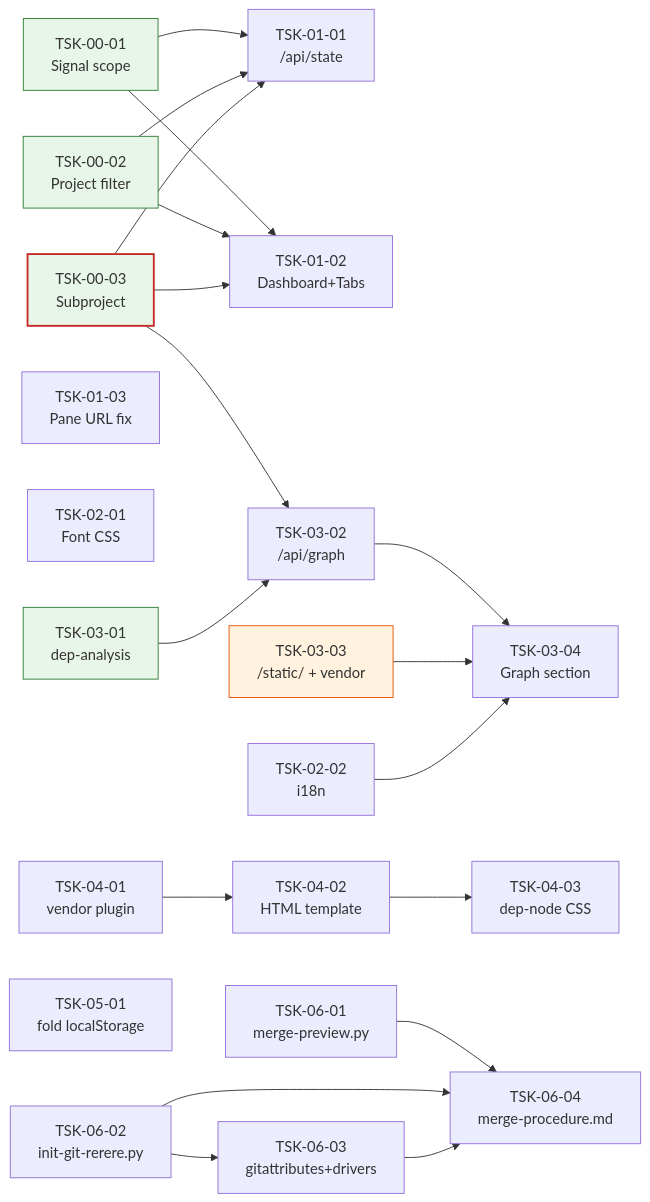
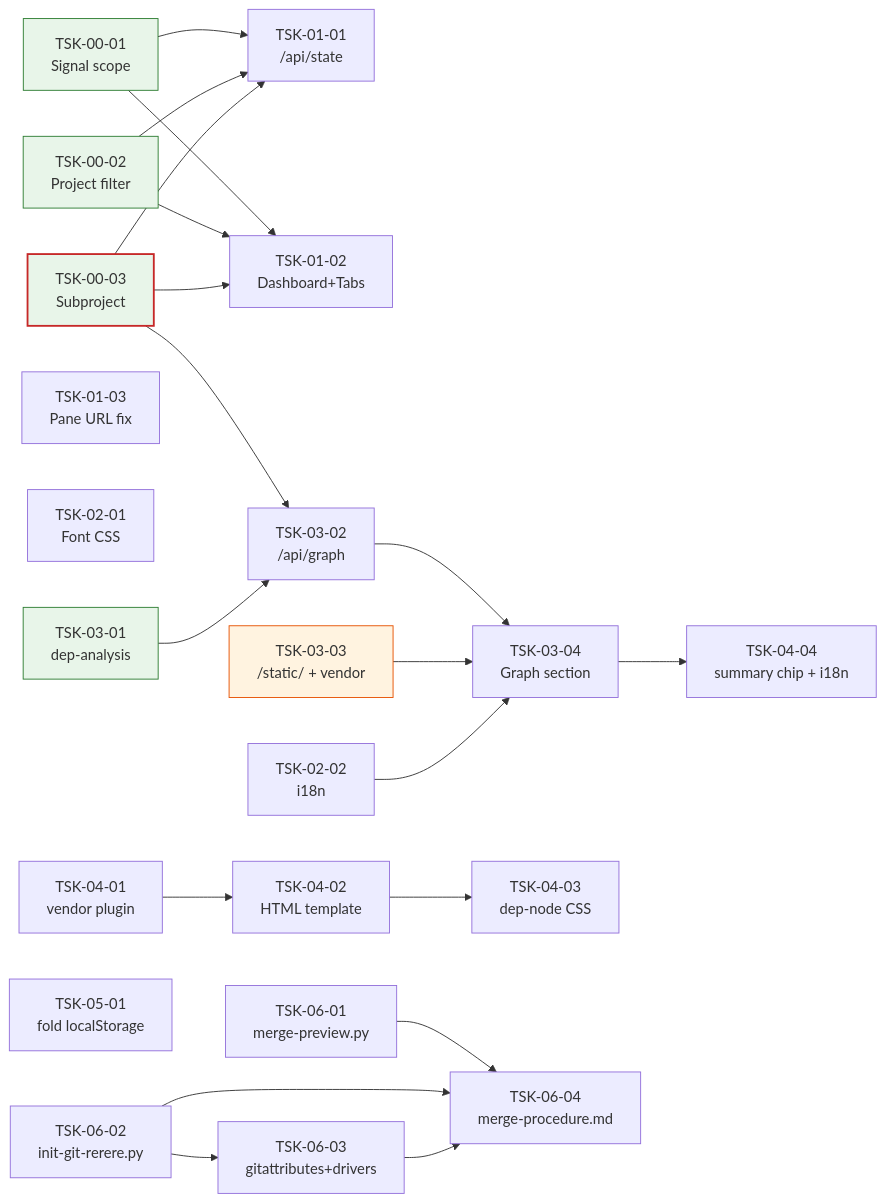
The diagram in docs/monitor-v3/wbs.md (jongik-sv/dev-plugin), drawn with Mermaid before and after one commit. The commit also changed other lines of this file and 5 other files, not shown here.

First line of the commit message:
docs(monitor-v3): dep-graph 범례/색상 매핑 + WP-04~06 플래닝

````diff
--- a/docs/monitor-v3/wbs.md
+++ b/docs/monitor-v3/wbs.md
@@ -916,53 +963,57 @@
 ```mermaid
 graph LR
   TSK-00-01["TSK-00-01<br/>Signal scope"]
   TSK-00-02["TSK-00-02<br/>Project filter"]
   TSK-00-03["TSK-00-03<br/>Subproject"]
   TSK-01-01["TSK-01-01<br/>/api/state"]
   TSK-01-02["TSK-01-02<br/>Dashboard+Tabs"]
   TSK-01-03["TSK-01-03<br/>Pane URL fix"]
   TSK-02-01["TSK-02-01<br/>Font CSS"]
   TSK-02-02["TSK-02-02<br/>i18n"]
   TSK-03-01["TSK-03-01<br/>dep-analysis"]
   TSK-03-02["TSK-03-02<br/>/api/graph"]
   TSK-03-03["TSK-03-03<br/>/static/ + vendor"]
   TSK-03-04["TSK-03-04<br/>Graph section"]
 
   TSK-00-01 --> TSK-01-01
   TSK-00-02 --> TSK-01-01
   TSK-00-03 --> TSK-01-01
   TSK-00-01 --> TSK-01-02
   TSK-00-02 --> TSK-01-02
   TSK-00-03 --> TSK-01-02
   TSK-00-03 --> TSK-03-02
   TSK-03-01 --> TSK-03-02
   TSK-03-02 --> TSK-03-04
   TSK-03-03 --> TSK-03-04
   TSK-02-02 --> TSK-03-04
 
   %% WP-04 (v1.1)
   TSK-04-01["TSK-04-01<br/>vendor plugin"]
   TSK-04-02["TSK-04-02<br/>HTML template"]
   TSK-04-03["TSK-04-03<br/>dep-node CSS"]
   TSK-04-01 --> TSK-04-02
   TSK-04-02 --> TSK-04-03
 
   %% WP-05 (v1.1) — 독립
   TSK-05-01["TSK-05-01<br/>fold localStorage"]
 
   %% WP-06 (v1.1)
   TSK-06-01["TSK-06-01<br/>merge-preview.py"]
   TSK-06-02["TSK-06-02<br/>init-git-rerere.py"]
   TSK-06-03["TSK-06-03<br/>gitattributes+drivers"]
   TSK-06-04["TSK-06-04<br/>merge-procedure.md"]
   TSK-06-02 --> TSK-06-03
   TSK-06-01 --> TSK-06-04
   TSK-06-02 --> TSK-06-04
   TSK-06-03 --> TSK-06-04
 
+  %% WP-04 TSK-04-04 (v1.2) — Dep-Graph summary chip
+  TSK-04-04["TSK-04-04<br/>summary chip + i18n"]
+  TSK-03-04 --> TSK-04-04
+
   style TSK-00-01 fill:#e8f5e9,stroke:#2e7d32
   style TSK-00-02 fill:#e8f5e9,stroke:#2e7d32
   style TSK-00-03 fill:#e8f5e9,stroke:#c62828,stroke-width:2px
   style TSK-03-01 fill:#e8f5e9,stroke:#2e7d32
   style TSK-03-03 fill:#fff3e0,stroke:#e65100
 ```
````
